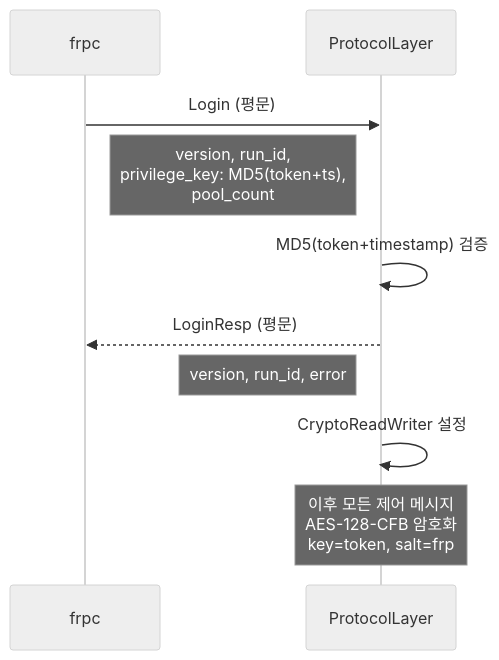
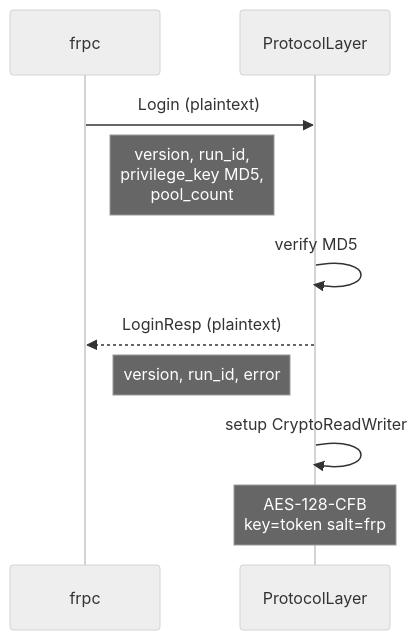
One commit to cagojeiger/drp changed the second of 6 diagrams in docs/architecture/protocol-layer.md. Above: the diagram before and after it, drawn with Mermaid (neutral theme). The commit also changed other lines of this file and 2 other files, not shown here.

First line of the commit message:
fix(docs): fix Mermaid syntax for VS Code compatibility

````diff
--- a/docs/architecture/protocol-layer.md
+++ b/docs/architecture/protocol-layer.md
@@ -32,15 +32,15 @@
 ```mermaid
 sequenceDiagram
     participant F as frpc
     participant P as ProtocolLayer
 
-    F->>P: Login (평문)
-    Note right of F: version, run_id,<br/>privilege_key: MD5(token+ts),<br/>pool_count
+    F->>P: Login (plaintext)
+    Note right of F: version, run_id,<br/>privilege_key MD5,<br/>pool_count
 
-    P->>P: MD5(token+timestamp) 검증
-    P-->>F: LoginResp (평문)
+    P->>P: verify MD5
+    P-->>F: LoginResp (plaintext)
     Note left of P: version, run_id, error
 
-    P->>P: CryptoReadWriter 설정
-    Note over P: 이후 모든 제어 메시지<br/>AES-128-CFB 암호화<br/>key=token, salt=frp
+    P->>P: setup CryptoReadWriter
+    Note over P: AES-128-CFB<br/>key=token salt=frp
 ```
````
